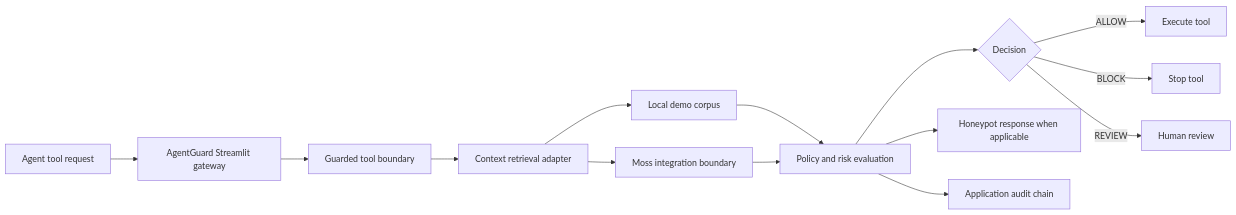
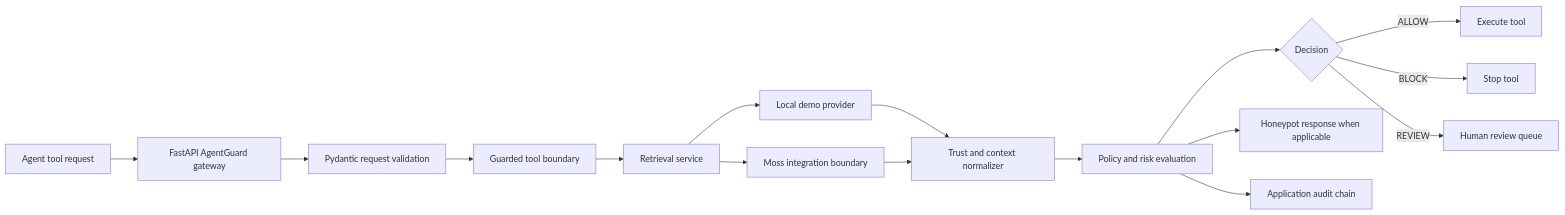
One commit to palavivr-cyber/AgentGuard changed the diagram in docs/architecture.md. Above: the diagram before and after it, drawn with Mermaid. The commit also changed other lines of this file and 19 other files, not shown here.

Commit message:
added gateway and context retrieval layer

````diff
--- a/docs/architecture.md
+++ b/docs/architecture.md
@@ -9,16 +9,18 @@
 ```mermaid
 flowchart LR
-    A[Agent tool request] --> B[AgentGuard Streamlit gateway]
-    B --> C[Guarded tool boundary]
-    C --> D[Context retrieval adapter]
-    D --> E[Local demo corpus]
-    D --> F[Moss integration boundary]
-    E --> G[Policy and risk evaluation]
-    F --> G
-    G --> H{Decision}
-    H -->|ALLOW| I[Execute tool]
-    H -->|BLOCK| J[Stop tool]
-    H -->|REVIEW| K[Human review]
-    G --> L[Honeypot response when applicable]
-    G --> M[Application audit chain]
+    A[Agent tool request] --> B[FastAPI AgentGuard gateway]
+    B --> C[Pydantic request validation]
+    C --> D[Guarded tool boundary]
+    D --> E[Retrieval service]
+    E --> F[Local demo provider]
+    E --> G[Moss integration boundary]
+    F --> H[Trust and context normalizer]
+    G --> H
+    H --> I[Policy and risk evaluation]
+    I --> J{Decision}
+    J -->|ALLOW| K[Execute tool]
+    J -->|BLOCK| L[Stop tool]
+    J -->|REVIEW| M[Human review queue]
+    I --> N[Honeypot response when applicable]
+    I --> O[Application audit chain]
 ```
````
